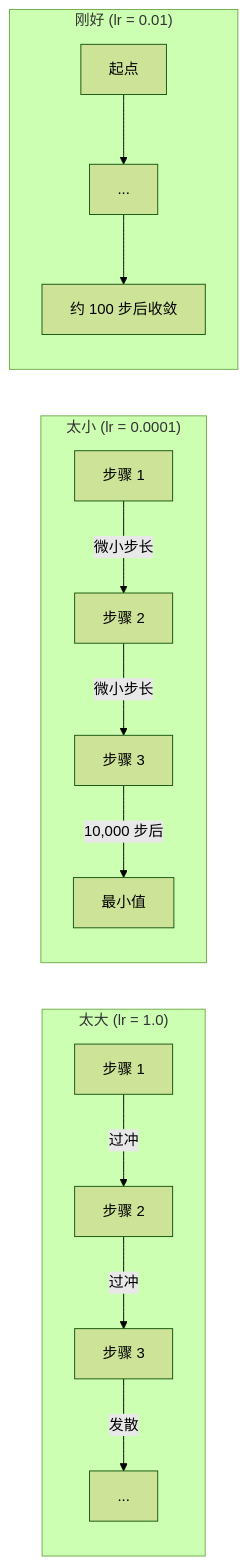
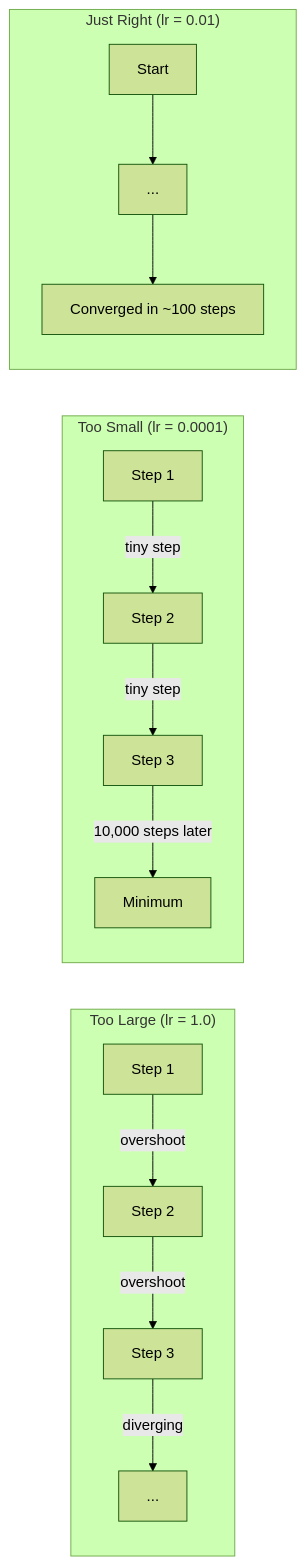
The second of 5 diagrams in i18n/zh/phases/01-math-foundations/08-optimization/docs/zh.md (xiaojiaenen/ai-engineering-from-scratch-zh), drawn with Mermaid (forest theme) before and after one commit. The commit also changed other lines of this file and 22 other files, not shown here.

````diff
--- a/i18n/zh/phases/01-math-foundations/08-optimization/docs/zh.md
+++ b/i18n/zh/phases/01-math-foundations/08-optimization/docs/zh.md
@@ -58,16 +58,16 @@
 ```mermaid
 graph LR
-    subgraph 太大["太大 (lr = 1.0)"]
-        A1["步骤 1"] -->|过冲| A2["步骤 2"]
-        A2 -->|过冲| A3["步骤 3"]
-        A3 -->|发散| A4["..."]
+    subgraph TooLarge["Too Large (lr = 1.0)"]
+        A1["Step 1"] -->|overshoot| A2["Step 2"]
+        A2 -->|overshoot| A3["Step 3"]
+        A3 -->|diverging| A4["..."]
     end
-    subgraph 太小["太小 (lr = 0.0001)"]
-        B1["步骤 1"] -->|微小步长| B2["步骤 2"]
-        B2 -->|微小步长| B3["步骤 3"]
-        B3 -->|10,000 步后| B4["最小值"]
+    subgraph TooSmall["Too Small (lr = 0.0001)"]
+        B1["Step 1"] -->|tiny step| B2["Step 2"]
+        B2 -->|tiny step| B3["Step 3"]
+        B3 -->|10,000 steps later| B4["Minimum"]
     end
-    subgraph 刚好["刚好 (lr = 0.01)"]
-        C1["起点"] --> C2["..."] --> C3["约 100 步后收敛"]
+    subgraph JustRight["Just Right (lr = 0.01)"]
+        C1["Start"] --> C2["..."] --> C3["Converged in ~100 steps"]
     end
 ```
````
